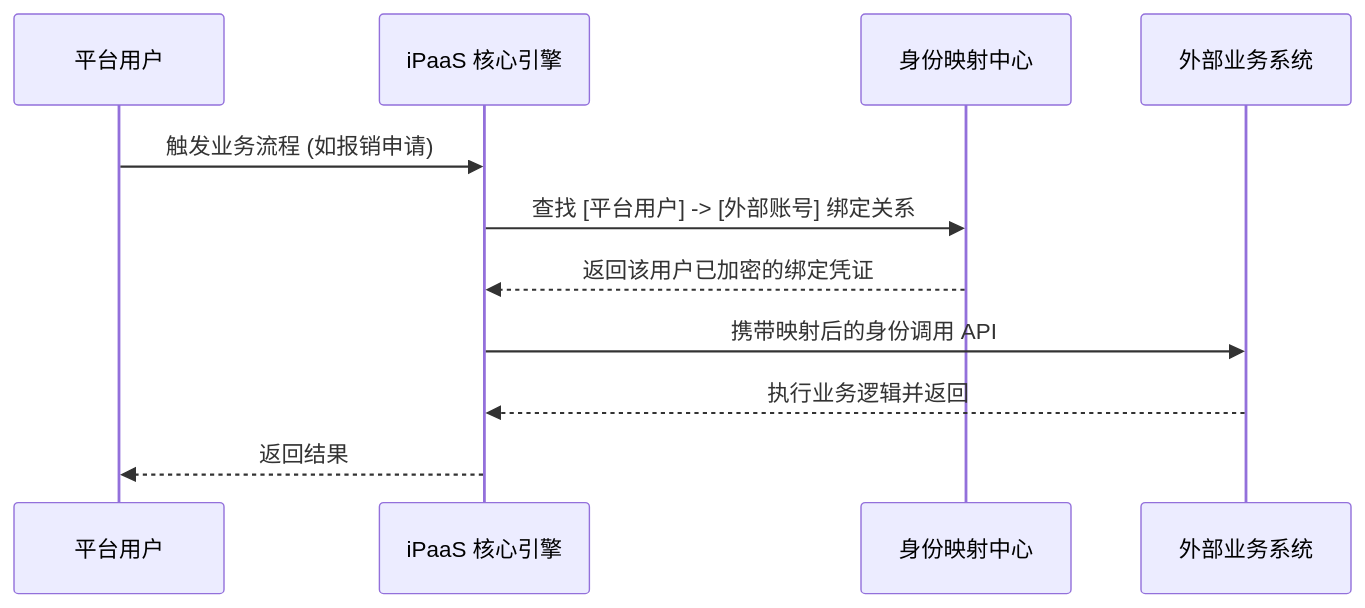
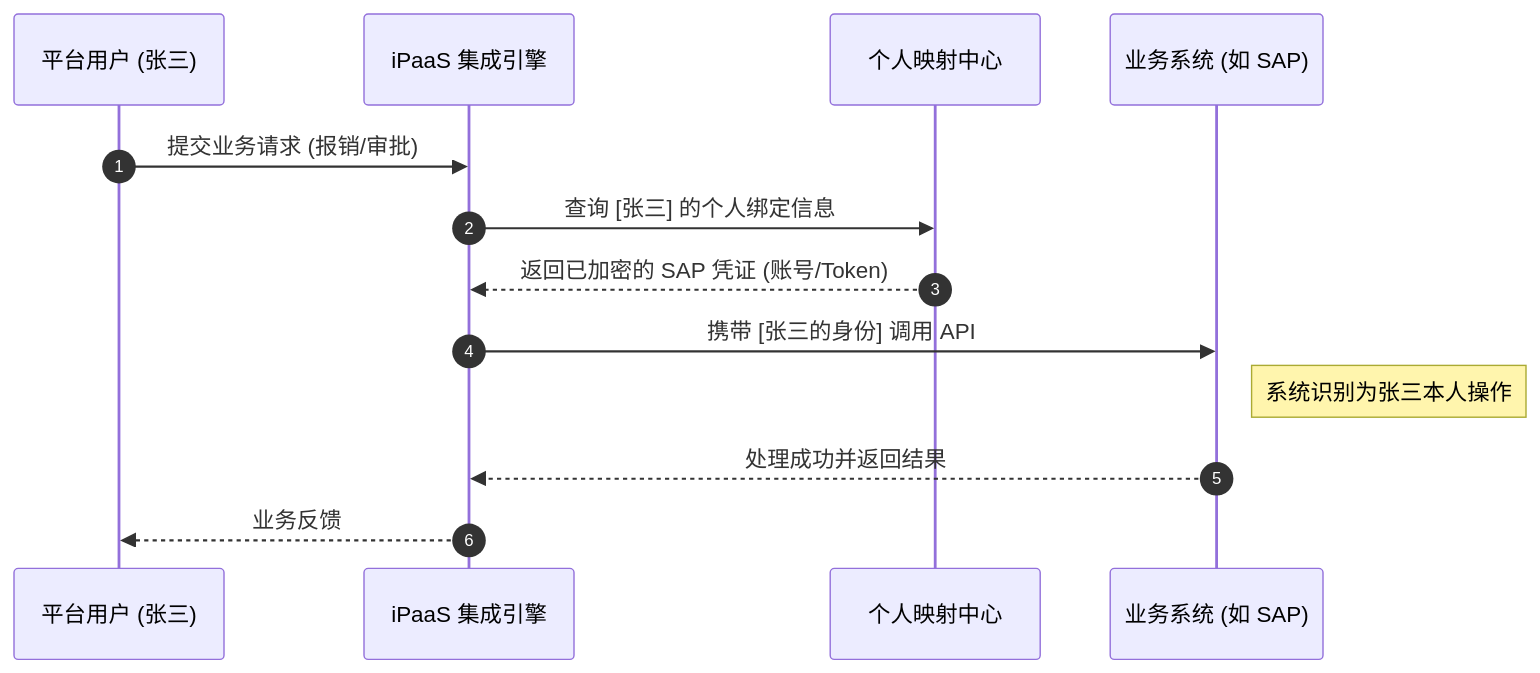
The diagram in 最佳实践.md (chaken888/mock-auth), drawn with Mermaid before and after one commit. The commit also changed other lines of this file, not shown here.

````diff
--- a/最佳实践.md
+++ b/最佳实践.md
@@ -16,14 +18,16 @@
 ```mermaid
 sequenceDiagram
-    participant User as 平台用户
-    participant iPaaS as iPaaS 核心引擎
-    participant Auth as 身份映射中心
-    participant ExtSystem as 外部业务系统
+    autonumber
+    participant User as 平台用户 (张三)
+    participant iPaaS as iPaaS 集成引擎
+    participant Map as 个人映射中心
+    participant Ext as 业务系统 (如 SAP)
 
-    User->>iPaaS: 触发业务流程 (如报销申请)
-    iPaaS->>Auth: 查找 [平台用户] -> [外部账号] 绑定关系
-    Auth-->>iPaaS: 返回该用户已加密的绑定凭证
-    iPaaS->>ExtSystem: 携带映射后的身份调用 API
-    ExtSystem-->>iPaaS: 执行业务逻辑并返回
-    iPaaS-->>User: 返回结果
+    User->>iPaaS: 提交业务请求 (报销/审批)
+    iPaaS->>Map: 查询 [张三] 的个人绑定信息
+    Map-->>iPaaS: 返回已加密的 SAP 凭证 (账号/Token)
+    iPaaS->>Ext: 携带 [张三的身份] 调用 API
+    Note right of Ext: 系统识别为张三本人操作
+    Ext-->>iPaaS: 处理成功并返回结果
+    iPaaS-->>User: 业务反馈
 ```
````
